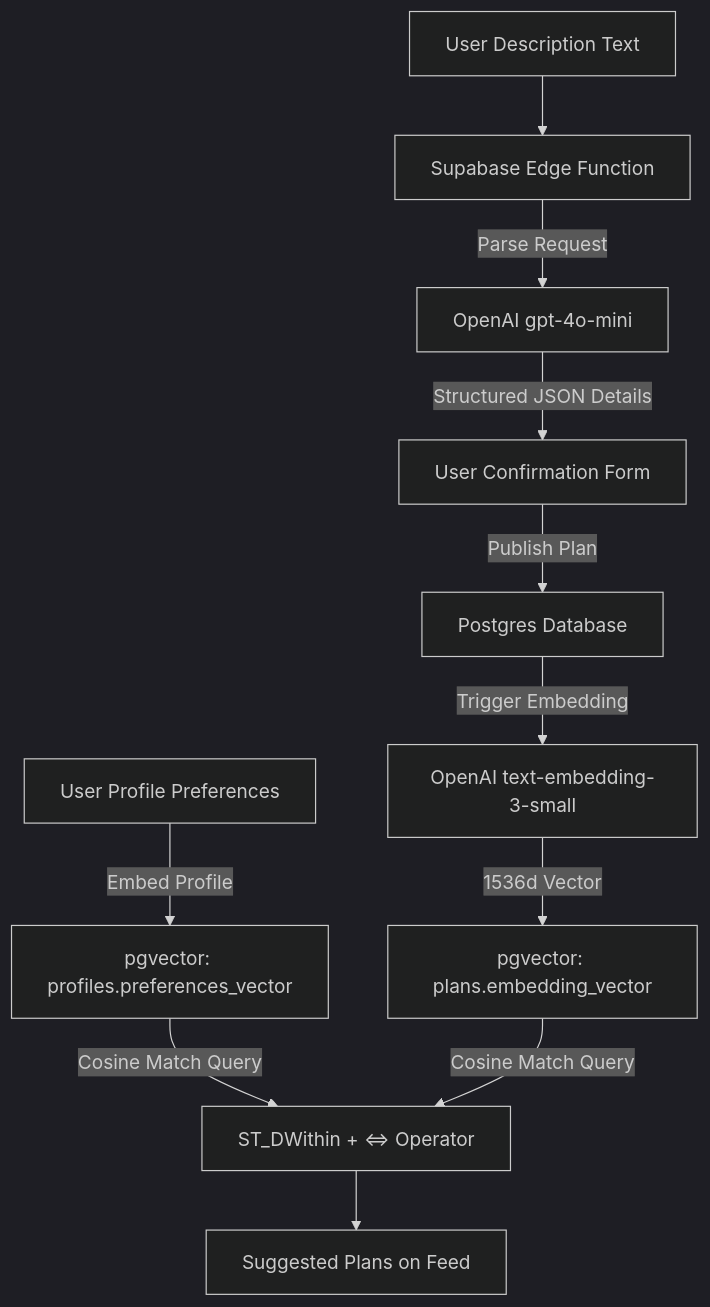
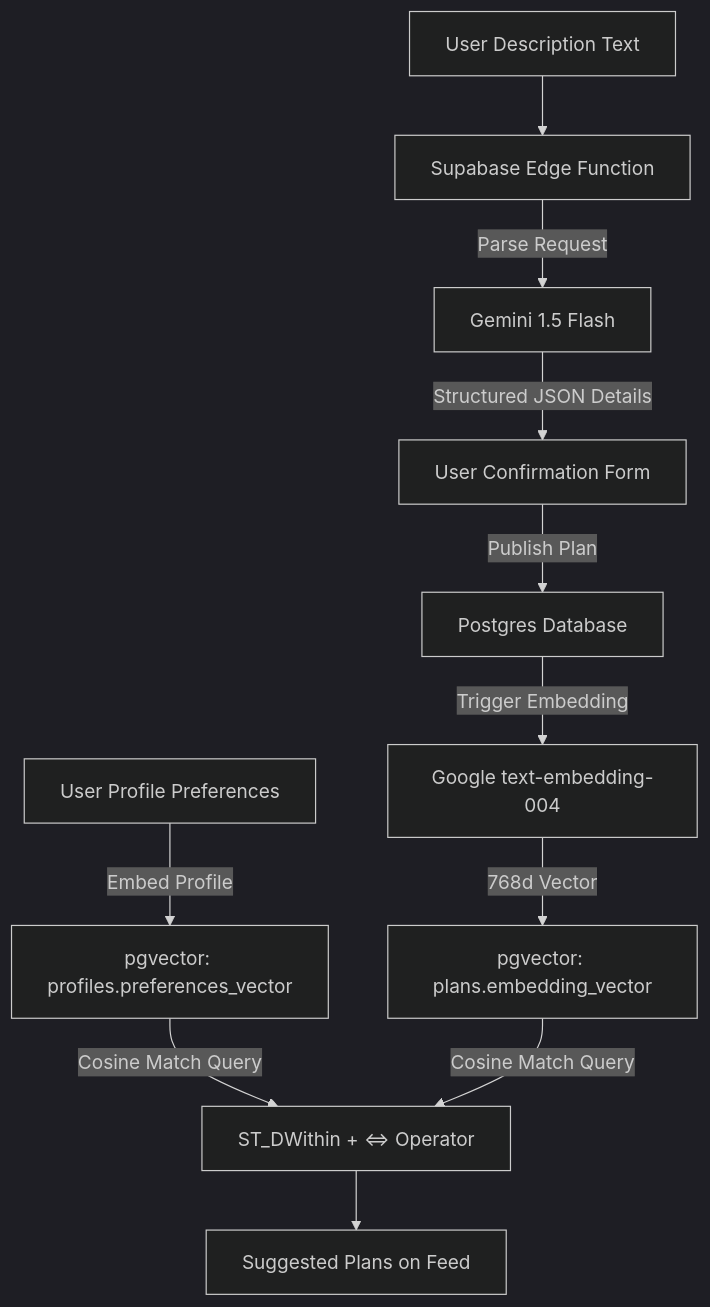
Before and after one commit to GCK-6610/Along: the first of 2 diagrams in docs/02_Tech_Stack_Research.md, drawn with Mermaid (dark theme). The commit also changed other lines of this file and 7 other files, not shown here.

Commit message:
Update tech stack specs with Google Gemini models, implement gender reach visibility options, sticky explore hotspots, and Nearby map overlays layers

````diff
--- a/docs/02_Tech_Stack_Research.md
+++ b/docs/02_Tech_Stack_Research.md
@@ -34,15 +36,15 @@
 ```mermaid
 graph TD
     UserText[User Description Text] --> EdgeFunc[Supabase Edge Function]
-    EdgeFunc --> |Parse Request| OpenAINLP[OpenAI gpt-4o-mini]
-    OpenAINLP --> |Structured JSON Details| ConfirmForm[User Confirmation Form]
+    EdgeFunc --> |Parse Request| GeminiNLP[Gemini 1.5 Flash]
+    GeminiNLP --> |Structured JSON Details| ConfirmForm[User Confirmation Form]
     
     ConfirmForm --> |Publish Plan| SaveDB[Postgres Database]
-    SaveDB --> |Trigger Embedding| OpenAIEmbed[OpenAI text-embedding-3-small]
-    OpenAIEmbed --> |1536d Vector| VectorCol[pgvector: plans.embedding_vector]
+    SaveDB --> |Trigger Embedding| GeminiEmbed[Google text-embedding-004]
+    GeminiEmbed --> |768d Vector| VectorCol[pgvector: plans.embedding_vector]
     
     UserPref[User Profile Preferences] --> |Embed Profile| ProfileVector[pgvector: profiles.preferences_vector]
     
     ProfileVector & VectorCol --> |Cosine Match Query| MatchEngine[ST_DWithin + <=> Operator]
     MatchEngine --> MatchResults[Suggested Plans on Feed]
 ```
````
